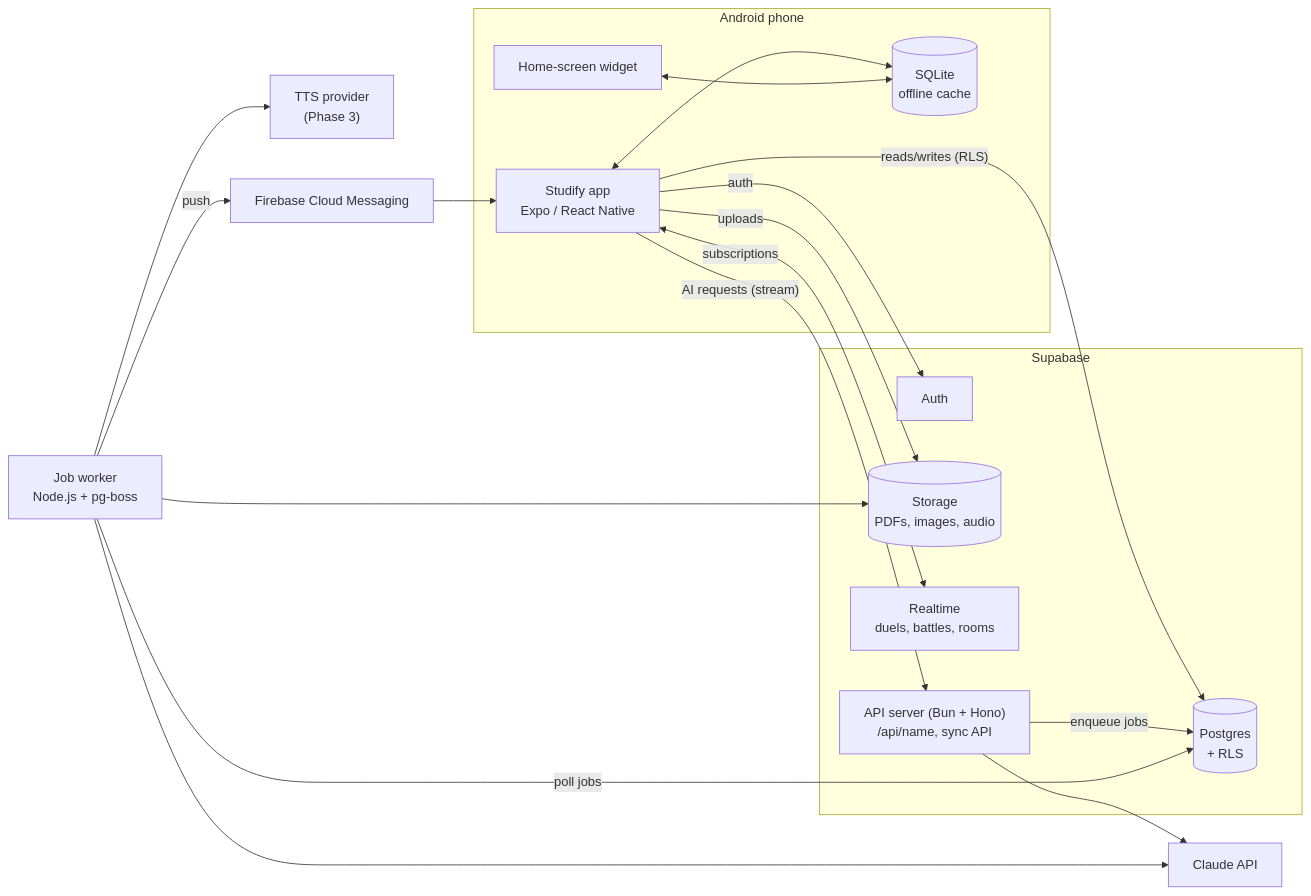
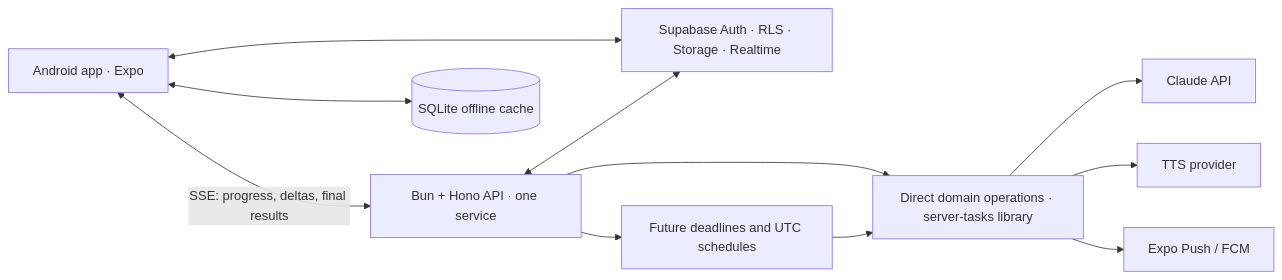
The first of 3 diagrams in docs/engineering/architecture.md (mariajunqueiramirandas-cpu/Studify), drawn with Mermaid before and after one commit. The commit also changed other lines of this file and 290 other files, not shown here.

First line of the commit message:
refactor: run Studify directly behind resumable SSE

````diff
--- a/docs/engineering/architecture.md
+++ b/docs/engineering/architecture.md
@@ -13,37 +13,13 @@
 ```mermaid
 flowchart LR
-  subgraph Phone["Android phone"]
-    App["Studify app<br/>Expo / React Native"]
-    LocalDB[("SQLite<br/>offline cache")]
-    Widget["Home-screen widget"]
-    App <--> LocalDB
-    Widget <--> LocalDB
-  end
-
-  subgraph Supabase["Supabase"]
-    Auth["Auth"]
-    PG[("Postgres<br/>+ RLS")]
-    Storage[("Storage<br/>PDFs, images, audio")]
-    RT["Realtime<br/>duels, battles, rooms"]
-    Edge["API server (Bun + Hono)<br/>/api/name, sync API"]
-  end
-
-  Worker["Job worker<br/>Node.js + pg-boss"]
-  Claude["Claude API"]
-  TTS["TTS provider<br/>(Phase 3)"]
-  FCM["Firebase Cloud Messaging"]
-
-  App -- "auth" --> Auth
-  App -- "reads/writes (RLS)" --> PG
-  App -- "uploads" --> Storage
-  App <-- "subscriptions" --> RT
-  App -- "AI requests (stream)" --> Edge
-  Edge --> Claude
-  Edge -- "enqueue jobs" --> PG
-  Worker -- "poll jobs" --> PG
-  Worker --> Claude
-  Worker --> Storage
-  Worker --> TTS
-  Worker -- "push" --> FCM
-  FCM --> App
+  App["Android app · Expo"] <-->|"SSE: progress, deltas, final results"| API["Bun + Hono API · one service"]
+  App <--> LocalDB[(SQLite offline cache)]
+  App <--> Supabase["Supabase Auth · RLS · Storage · Realtime"]
+  API <--> Supabase
+  API --> Tasks["Direct domain operations · server-tasks library"]
+  Tasks --> Claude["Claude API"]
+  Tasks --> TTS["TTS provider"]
+  Tasks --> Push["Expo Push / FCM"]
+  API --> Calendar["Future deadlines and UTC schedules"]
+  Calendar --> Tasks
 ```
````
